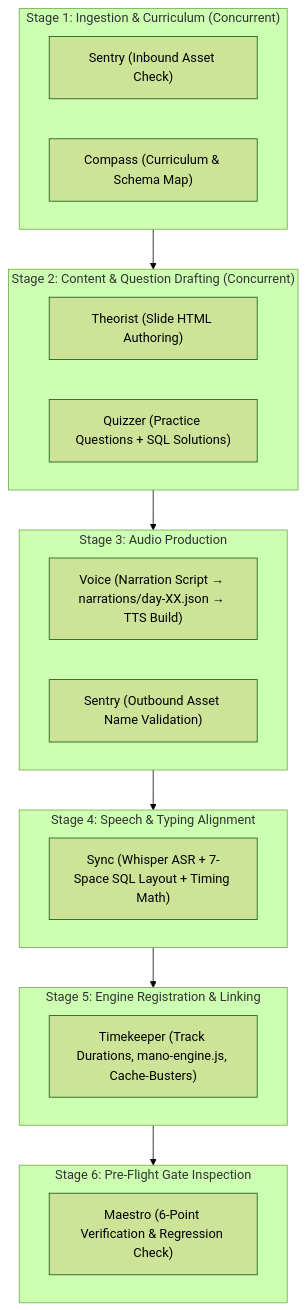
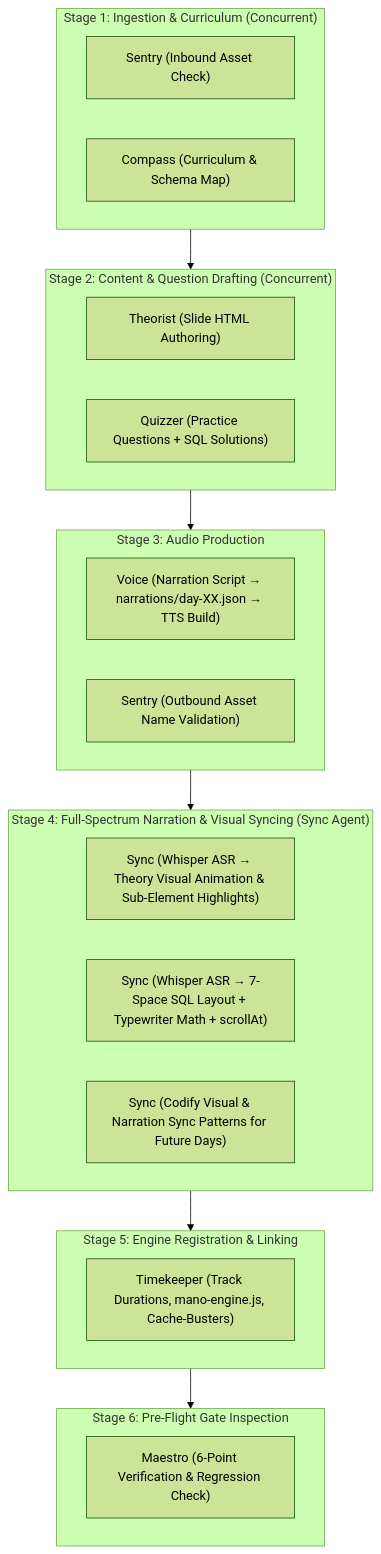
One commit to manodemy/30-days-Python-for-Data-Analyst-V2 changed the diagram in .agents/skills/sql-day-orchestration/SKILL.md. Above: the diagram before and after it, drawn with Mermaid (forest theme). The commit also changed other lines of this file, not shown here.

First line of the commit message:
docs(maestro): Upgrade Sync Agent role to v3.2 — full theory visual sync + continuous pattern evolution

````diff
--- a/.agents/skills/sql-day-orchestration/SKILL.md
+++ b/.agents/skills/sql-day-orchestration/SKILL.md
@@ -30,35 +30,37 @@
 ```mermaid
 flowchart TD
     subgraph STAGE_1 ["Stage 1: Ingestion & Curriculum (Concurrent)"]
         Sentry_In["Sentry (Inbound Asset Check)"]
         Compass["Compass (Curriculum & Schema Map)"]
     end
 
     subgraph STAGE_2 ["Stage 2: Content & Question Drafting (Concurrent)"]
         Theorist["Theorist (Slide HTML Authoring)"]
         Quizzer["Quizzer (Practice Questions + SQL Solutions)"]
     end
 
     subgraph STAGE_3 ["Stage 3: Audio Production"]
         Voice["Voice (Narration Script → narrations/day-XX.json → TTS Build)"]
         Sentry_Out["Sentry (Outbound Asset Name Validation)"]
     end
 
-    subgraph STAGE_4 ["Stage 4: Speech & Typing Alignment"]
-        Sync["Sync (Whisper ASR + 7-Space SQL Layout + Timing Math)"]
+    subgraph STAGE_4 ["Stage 4: Full-Spectrum Narration & Visual Syncing (Sync Agent)"]
+        Sync_Theory["Sync (Whisper ASR → Theory Visual Animation & Sub-Element Highlights)"]
+        Sync_Practice["Sync (Whisper ASR → 7-Space SQL Layout + Typewriter Math + scrollAt)"]
+        Sync_Evolve["Sync (Codify Visual & Narration Sync Patterns for Future Days)"]
     end
 
     subgraph STAGE_5 ["Stage 5: Engine Registration & Linking"]
         Timekeeper["Timekeeper (Track Durations, mano-engine.js, Cache-Busters)"]
     end
 
     subgraph STAGE_6 ["Stage 6: Pre-Flight Gate Inspection"]
         Maestro["Maestro (6-Point Verification & Regression Check)"]
     end
 
     STAGE_1 --> STAGE_2
     STAGE_2 --> STAGE_3
     STAGE_3 --> STAGE_4
     STAGE_4 --> STAGE_5
     STAGE_5 --> STAGE_6
 ```
````
